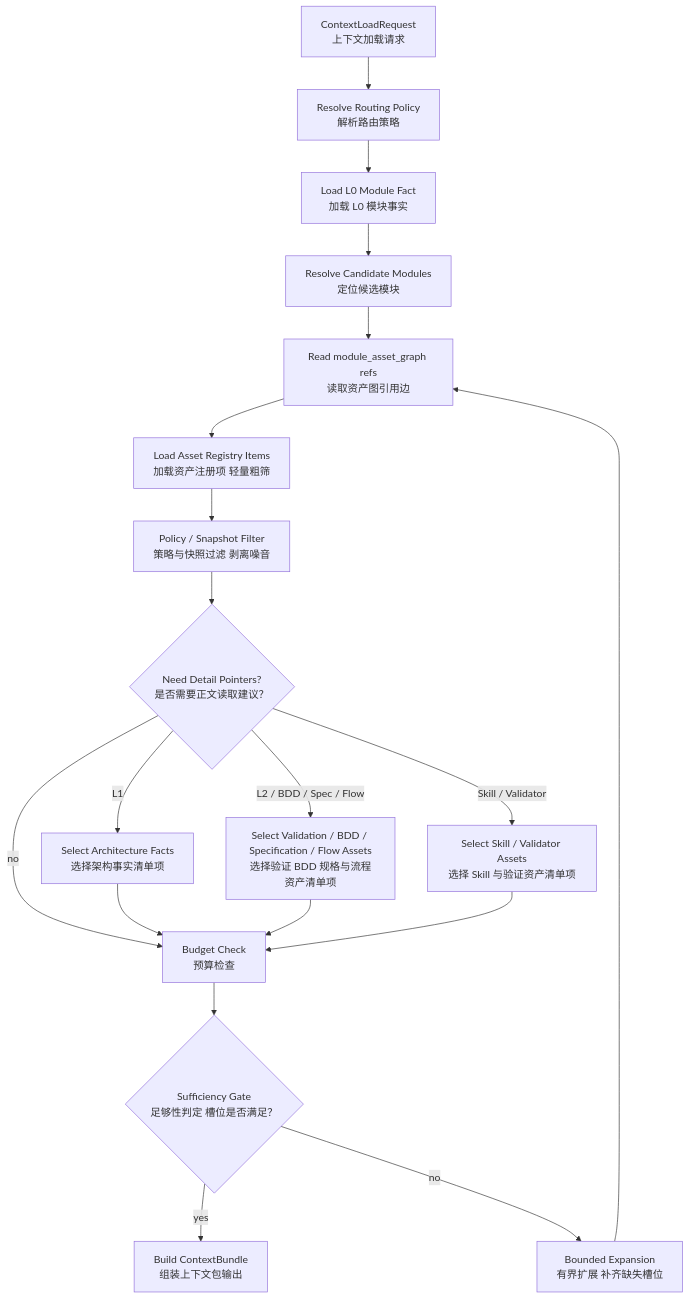
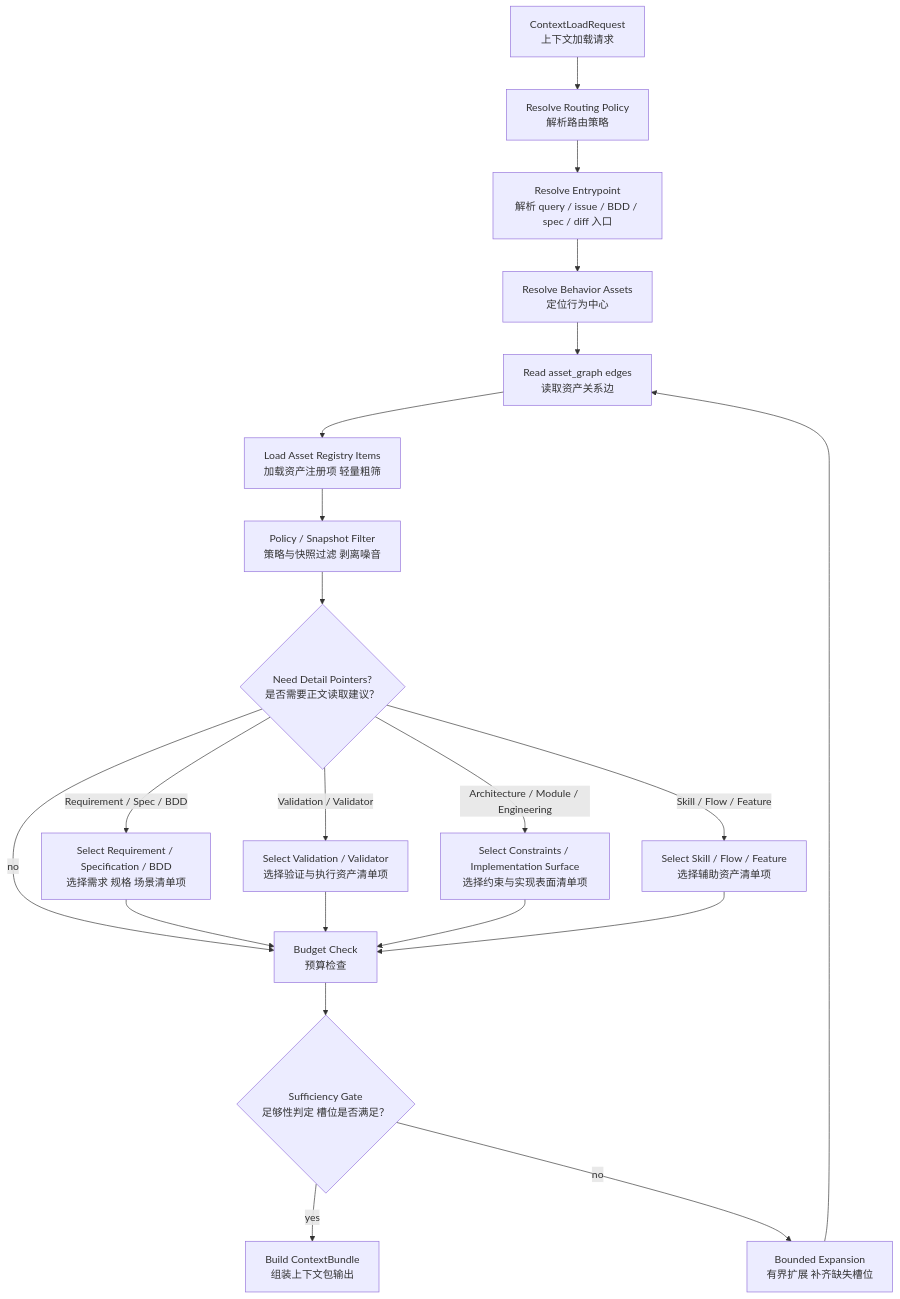
One commit to daihothot/uconnect changed the fifth of 5 diagrams in docs/uconnect-context-management.zh.md. Above: the diagram before and after it, drawn with Mermaid. The commit also changed other lines of this file, not shown here.

````diff
--- a/docs/uconnect-context-management.zh.md
+++ b/docs/uconnect-context-management.zh.md
@@ -3727,21 +3773,23 @@
 ```mermaid
 flowchart TB
     Request["ContextLoadRequest<br/>上下文加载请求"] --> Policy["Resolve Routing Policy<br/>解析路由策略"]
-    Policy --> L0["Load L0 Module Fact<br/>加载 L0 模块事实"]
-    L0 --> Modules["Resolve Candidate Modules<br/>定位候选模块"]
-    Modules --> Graph["Read module_asset_graph refs<br/>读取资产图引用边"]
+    Policy --> Entry["Resolve Entrypoint<br/>解析 query / issue / BDD / spec / diff 入口"]
+    Entry --> Behavior["Resolve Behavior Assets<br/>定位行为中心"]
+    Behavior --> Graph["Read asset_graph edges<br/>读取资产关系边"]
     Graph --> Registry["Load Asset Registry Items<br/>加载资产注册项 轻量粗筛"]
     Registry --> PolicyFilter["Policy / Snapshot Filter<br/>策略与快照过滤 剥离噪音"]
     PolicyFilter --> NeedDetails{"Need Detail Pointers?<br/>是否需要正文读取建议？"}
-    NeedDetails -->|L1| L1["Select Architecture Facts<br/>选择架构事实清单项"]
-    NeedDetails -->|L2 / BDD / Spec / Flow| L2["Select Validation / BDD / Specification / Flow Assets<br/>选择验证 BDD 规格与流程资产清单项"]
-    NeedDetails -->|Skill / Validator| Shared["Select Skill / Validator Assets<br/>选择 Skill 与验证资产清单项"]
+    NeedDetails -->|Requirement / Spec / BDD| IntentAssets["Select Requirement / Specification / BDD<br/>选择需求 规格 场景清单项"]
+    NeedDetails -->|Validation / Validator| ValidationAssets["Select Validation / Validator<br/>选择验证与执行资产清单项"]
+    NeedDetails -->|Architecture / Module / Engineering| ImplementationAssets["Select Constraints / Implementation Surface<br/>选择约束与实现表面清单项"]
+    NeedDetails -->|Skill / Flow / Feature| SupportAssets["Select Skill / Flow / Feature<br/>选择辅助资产清单项"]
     NeedDetails -->|no| Budget["Budget Check<br/>预算检查"]
-    L1 --> Budget
-    L2 --> Budget
-    Shared --> Budget
+    IntentAssets --> Budget
+    ValidationAssets --> Budget
+    ImplementationAssets --> Budget
+    SupportAssets --> Budget
     Budget --> Enough{"Sufficiency Gate<br/>足够性判定 槽位是否满足？"}
     Enough -->|yes| Bundle["Build ContextBundle<br/>组装上下文包输出"]
     Enough -->|no| Expand["Bounded Expansion<br/>有界扩展 补齐缺失槽位"]
     Expand --> Graph
 ```
````
